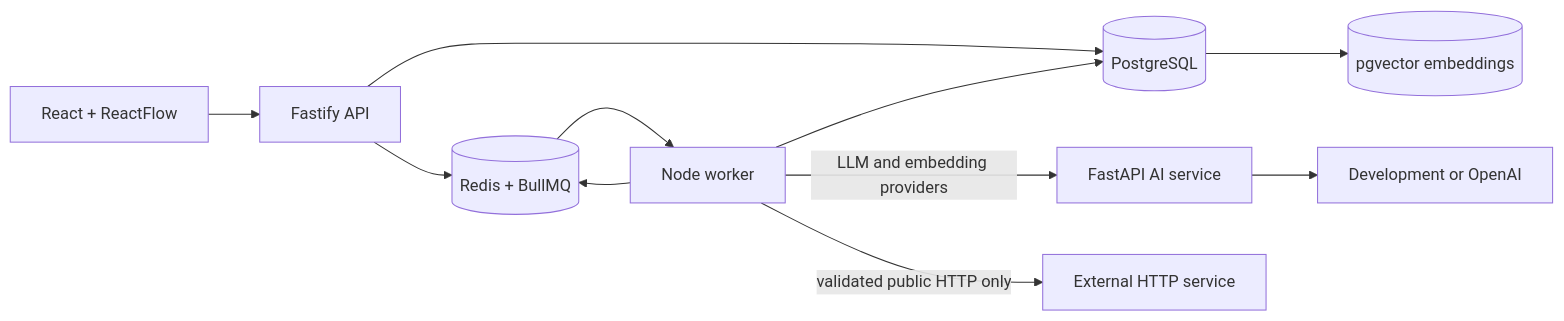
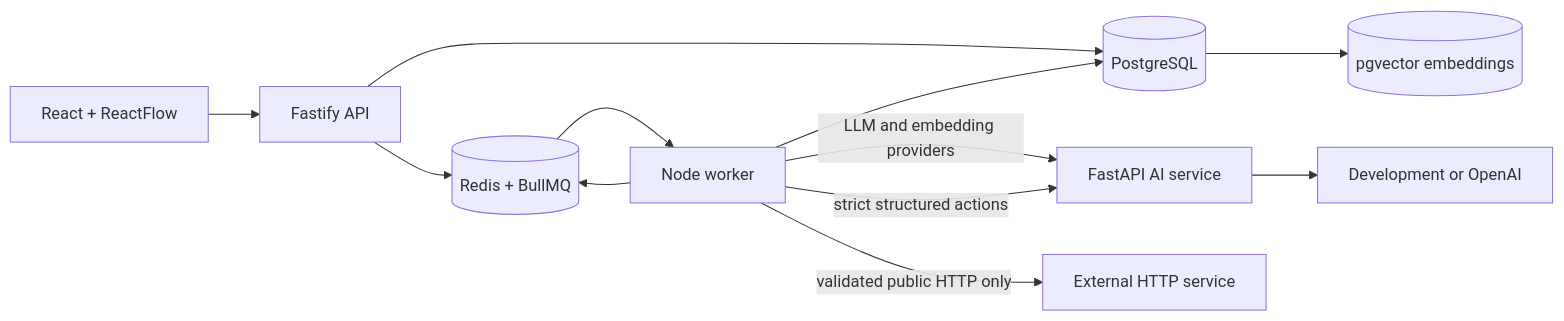
The diagram in README.md (hafiz475/agentops-ai-workflow-platform), drawn with Mermaid before and after one commit. The commit also changed other lines of this file and 33 other files, not shown here.

````diff
--- a/README.md
+++ b/README.md
@@ -32,13 +36,14 @@
 ```mermaid
 flowchart LR
   Browser[React + ReactFlow] --> API[Fastify API]
   API --> DB[(PostgreSQL)]
   API --> Queue[(Redis + BullMQ)]
   Queue --> Worker[Node worker]
   Worker --> DB
   Worker -->|LLM and embedding providers| AI[FastAPI AI service]
   Worker --> Queue
   Worker -->|validated public HTTP only| External[External HTTP service]
+  Worker -->|strict structured actions| AI
   DB --> Vector[(pgvector embeddings)]
   AI --> Provider[Development or OpenAI]
 ```
````
